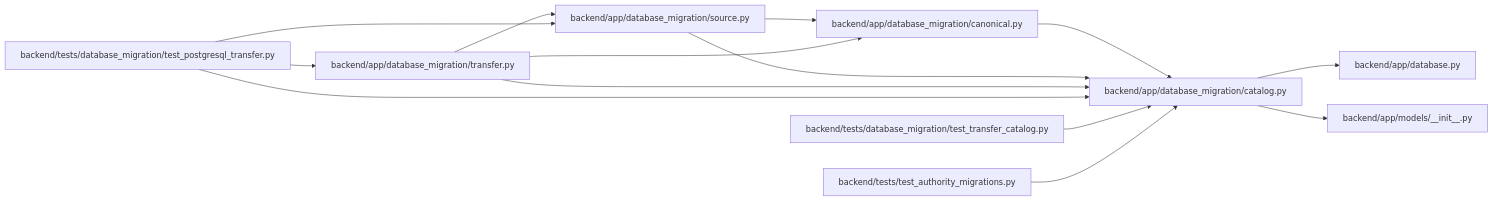
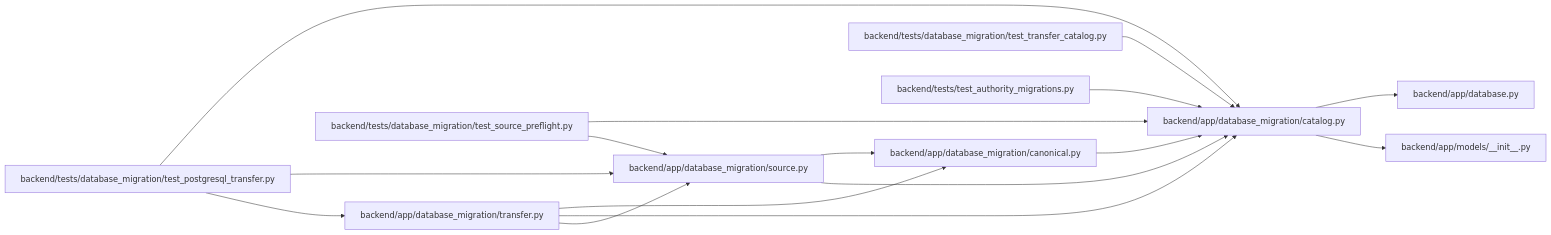
Before and after one commit to Denissvgn/WorkChord: the diagram in docs/llm_wiki/modules/catalog.md, drawn with Mermaid. The commit also changed other lines of this file and 2344 other files, not shown here.

````diff
--- a/docs/llm_wiki/modules/catalog.md
+++ b/docs/llm_wiki/modules/catalog.md
@@ -25,34 +25,38 @@
 ```mermaid
 flowchart LR
     n0["backend/app/database.py"]
     n1["backend/app/database_migration/canonical.py"]
     n2["backend/app/database_migration/catalog.py"]
     n3["backend/app/database_migration/source.py"]
     n4["backend/app/database_migration/transfer.py"]
     n5["backend/app/models/__init__.py"]
     n6["backend/tests/database_migration/test_postgresql_transfer.py"]
-    n7["backend/tests/database_migration/test_transfer_catalog.py"]
-    n8["backend/tests/test_authority_migrations.py"]
+    n7["backend/tests/database_migration/test_source_preflight.py"]
+    n8["backend/tests/database_migration/test_transfer_catalog.py"]
+    n9["backend/tests/test_authority_migrations.py"]
     n1 --> n2
     n2 --> n0
     n2 --> n5
     n3 --> n1
     n3 --> n2
     n4 --> n1
     n4 --> n2
     n4 --> n3
     n6 --> n2
     n6 --> n3
     n6 --> n4
     n7 --> n2
+    n7 --> n3
     n8 --> n2
+    n9 --> n2
     click n0 "../modules/app_database.md"
     click n1 "../modules/database_migration_canonical.md"
     click n2 "../modules/catalog.md"
     click n3 "../modules/source.md"
     click n4 "../modules/transfer.md"
     click n5 "../modules/models___init__.md"
     click n6 "../modules/test_postgresql_transfer.md"
-    click n7 "../modules/test_transfer_catalog.md"
-    click n8 "../modules/test_authority_migrations.md"
+    click n7 "../modules/test_source_preflight.md"
+    click n8 "../modules/test_transfer_catalog.md"
+    click n9 "../modules/test_authority_migrations.md"
 ```
````
